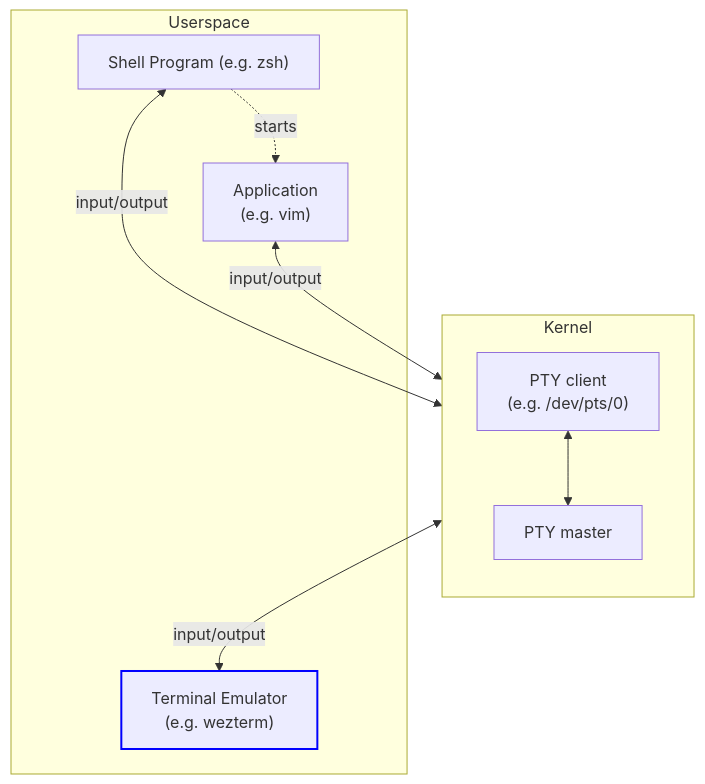
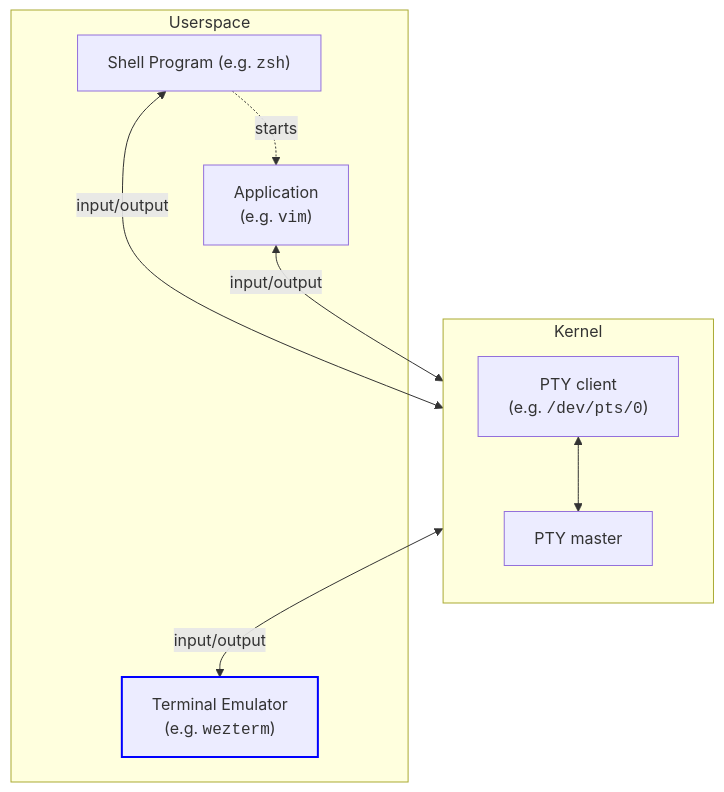
The third of 3 diagrams in docs/what-is-a-terminal.md (wezterm/wezterm), drawn with Mermaid before and after one commit. The commit also changed other lines of this file, not shown here.

Commit message:
chore: mermaid mistakes

````diff
--- a/docs/what-is-a-terminal.md
+++ b/docs/what-is-a-terminal.md
@@ -223,17 +224,17 @@
 ```mermaid
-flowchart 
+flowchart
     subgraph Kernel
         direction TB
-        PTYC["PTY client\n(e.g. /dev/pts/0)"] 
+        PTYC["PTY client<br>(e.g. <code>/dev/pts/0</code>)"]
         PTYM[PTY master]
         PTYC <--> PTYM
     end
-    
+
     subgraph Userspace
-    SHELL["Shell Program (e.g. zsh)"] <-- input/output --> PTYC
+    SHELL["Shell Program (e.g. <code>zsh</code>)"] <-- input/output --> PTYC
     SHELL -. "starts" .-> APP
-    APP["Application\n(e.g. vim)"] <-- input/output --> PTYC
-    PTYM  <-- input/output -->  TE["Terminal Emulator\n(e.g. wezterm)"]:::wezterm
+    APP["Application<br>(e.g. <code>vim</code>)"] <-- input/output --> PTYC
+    PTYM  <-- input/output -->  TE["Terminal Emulator<br>(e.g. <code>wezterm</code>)"]:::wezterm
     classDef wezterm stroke:#00F,stroke-width:2px
     end
 ```
````
